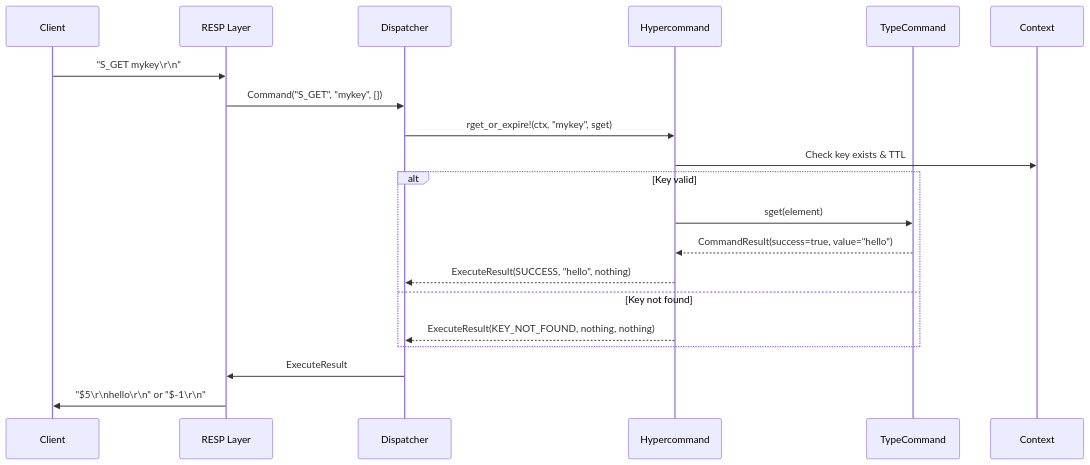
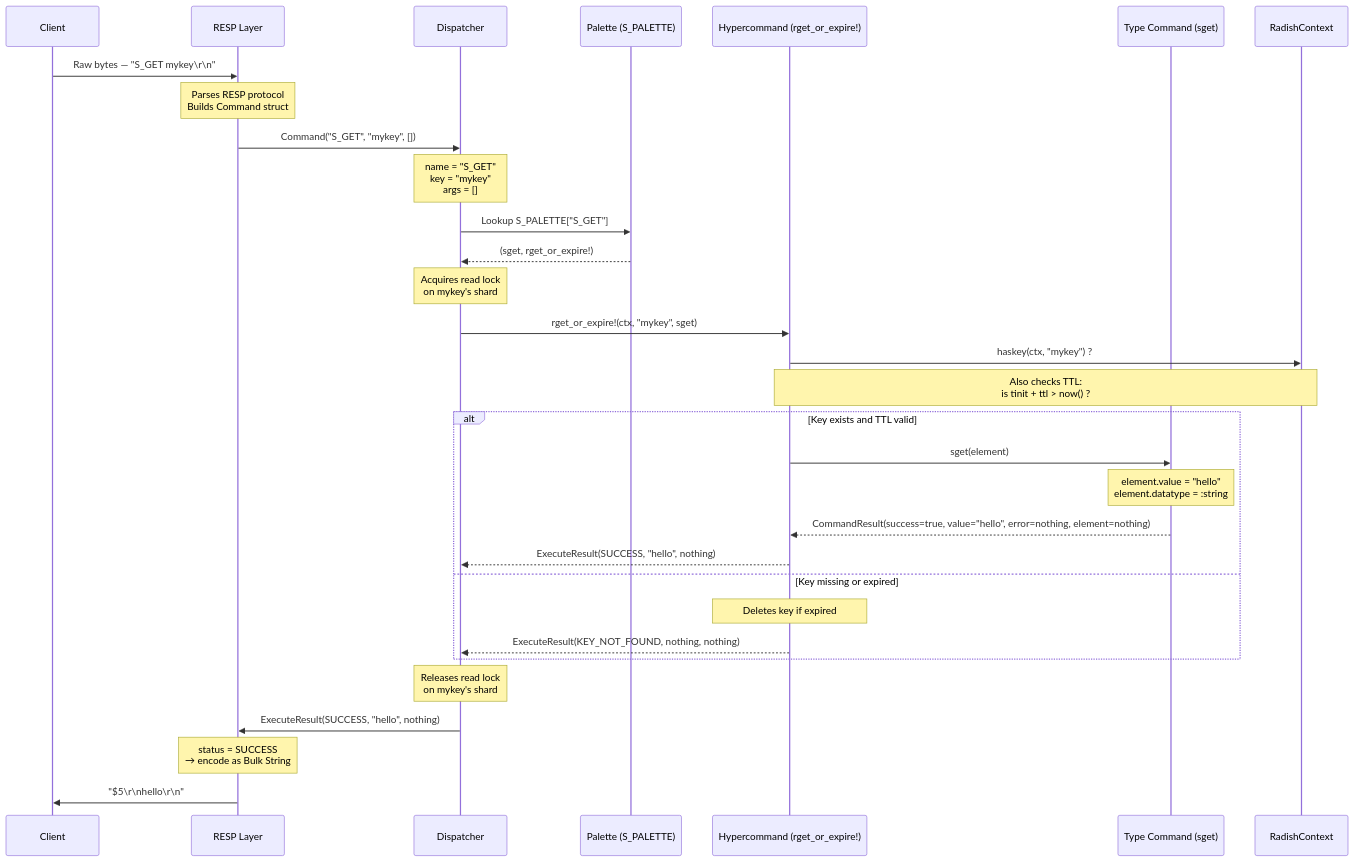
The diagram in docs/data-contracts.md (fabioscantamburlo/Radish), drawn with Mermaid before and after one commit. The commit also changed other lines of this file and 19 other files, not shown here.

````diff
--- a/docs/data-contracts.md
+++ b/docs/data-contracts.md
@@ -149,26 +149,44 @@
 ```mermaid
 sequenceDiagram
     participant Client
     participant RESP as RESP Layer
     participant Dispatcher
-    participant Hypercommand
-    participant TypeCommand
-    participant Context
+    participant Palette as Palette (S_PALETTE)
+    participant Hypercommand as Hypercommand (rget_or_expire!)
+    participant TypeCommand as Type Command (sget)
+    participant Context as RadishContext
 
-    Client->>RESP: "S_GET mykey\r\n"
+    Client->>RESP: Raw bytes — "S_GET mykey\r\n"
+    Note over RESP: Parses RESP protocol<br/>Builds Command struct
+
     RESP->>Dispatcher: Command("S_GET", "mykey", [])
-    
+    Note over Dispatcher: name = "S_GET"<br/>key  = "mykey"<br/>args = []
+
+    Dispatcher->>Palette: Lookup S_PALETTE["S_GET"]
+    Palette-->>Dispatcher: (sget, rget_or_expire!)
+    Note over Dispatcher: Acquires read lock<br/>on mykey's shard
+
     Dispatcher->>Hypercommand: rget_or_expire!(ctx, "mykey", sget)
-    
-    Hypercommand->>Context: Check key exists & TTL
-    alt Key valid
+
+    Hypercommand->>Context: haskey(ctx, "mykey") ?
+    Note over Hypercommand,Context: Also checks TTL:<br/>is tinit + ttl > now() ?
+
+    alt Key exists and TTL valid
         Hypercommand->>TypeCommand: sget(element)
-        TypeCommand-->>Hypercommand: CommandResult(success=true, value="hello")
+        Note over TypeCommand: element.value = "hello"<br/>element.datatype = :string
+
+        TypeCommand-->>Hypercommand: CommandResult(success=true, value="hello", error=nothing, element=nothing)
+
         Hypercommand-->>Dispatcher: ExecuteResult(SUCCESS, "hello", nothing)
-    else Key not found
+    else Key missing or expired
+        Note over Hypercommand: Deletes key if expired
         Hypercommand-->>Dispatcher: ExecuteResult(KEY_NOT_FOUND, nothing, nothing)
     end
-    
-    Dispatcher->>RESP: ExecuteResult
-    RESP->>Client: "$5\r\nhello\r\n" or "$-1\r\n"
+
+    Note over Dispatcher: Releases read lock<br/>on mykey's shard
+
+    Dispatcher->>RESP: ExecuteResult(SUCCESS, "hello", nothing)
+    Note over RESP: status = SUCCESS<br/>→ encode as Bulk String
+
+    RESP->>Client: "$5\r\nhello\r\n"
 ```
````
